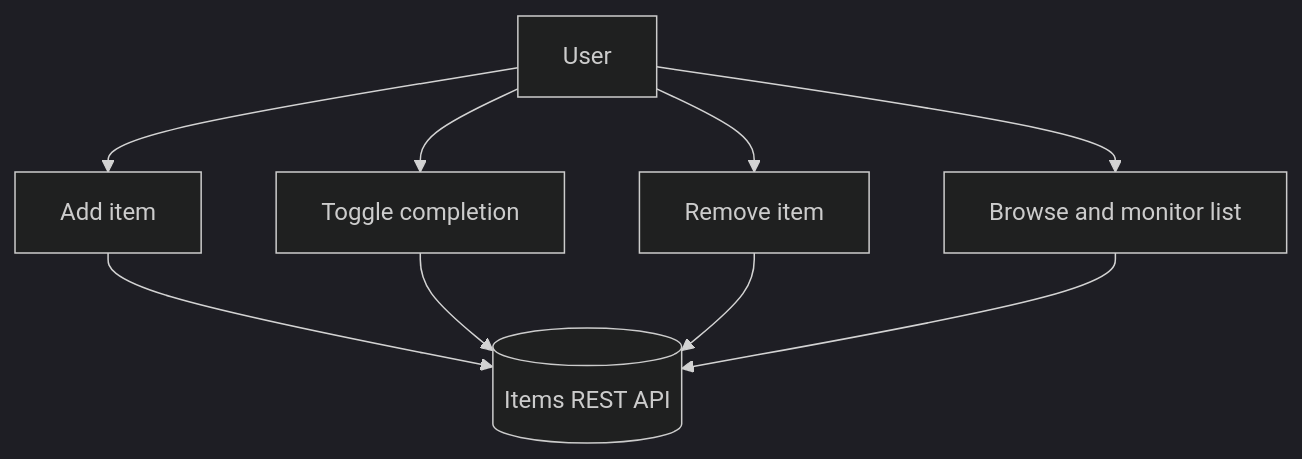
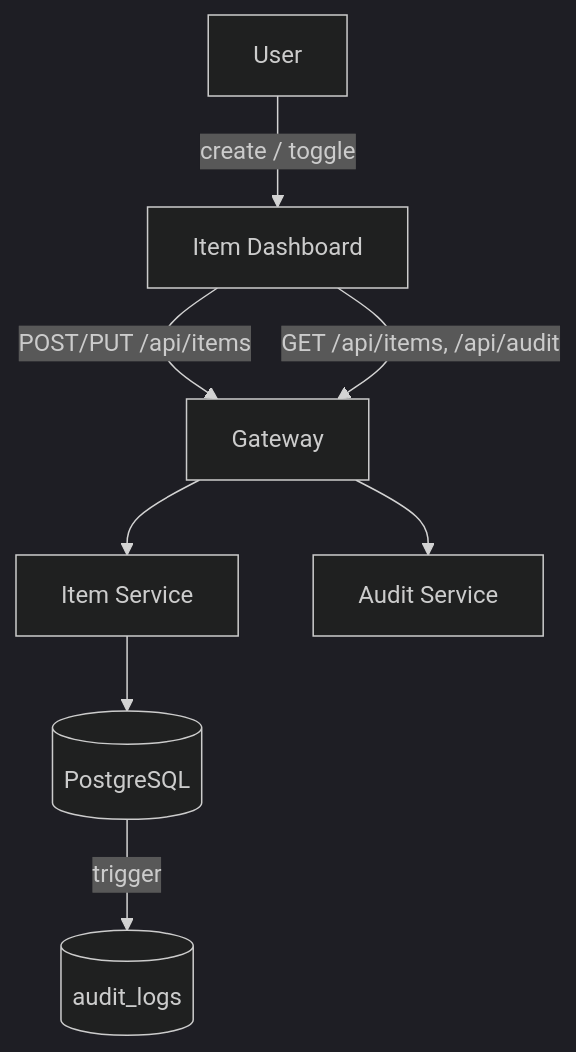
Before and after one commit to thedataengineer/client_demo: the first of 7 diagrams in kce_demo_rebuild-functional-spec.md, drawn with Mermaid (dark theme). The commit also changed other lines of this file and 7 other files, not shown here.

````diff
--- a/kce_demo_rebuild-functional-spec.md
+++ b/kce_demo_rebuild-functional-spec.md
@@ -93,11 +102,10 @@
 ```mermaid
 graph TD
-  U[User] --> ADD[Add item]
-  U --> BROWSE[Browse and monitor list]
-  U --> TOGGLE[Toggle completion]
-  U --> DEL[Remove item]
-  ADD --> API[(Items REST API)]
-  TOGGLE --> API
-  DEL --> API
-  BROWSE --> API
+  U[User] -->|create / toggle| F[Item Dashboard]
+  F -->|POST/PUT /api/items| G[Gateway]
+  F -->|GET /api/items, /api/audit| G
+  G --> I[Item Service]
+  G --> A[Audit Service]
+  I --> DB[(PostgreSQL)]
+  DB -->|trigger| AL[(audit_logs)]
 ```
````
